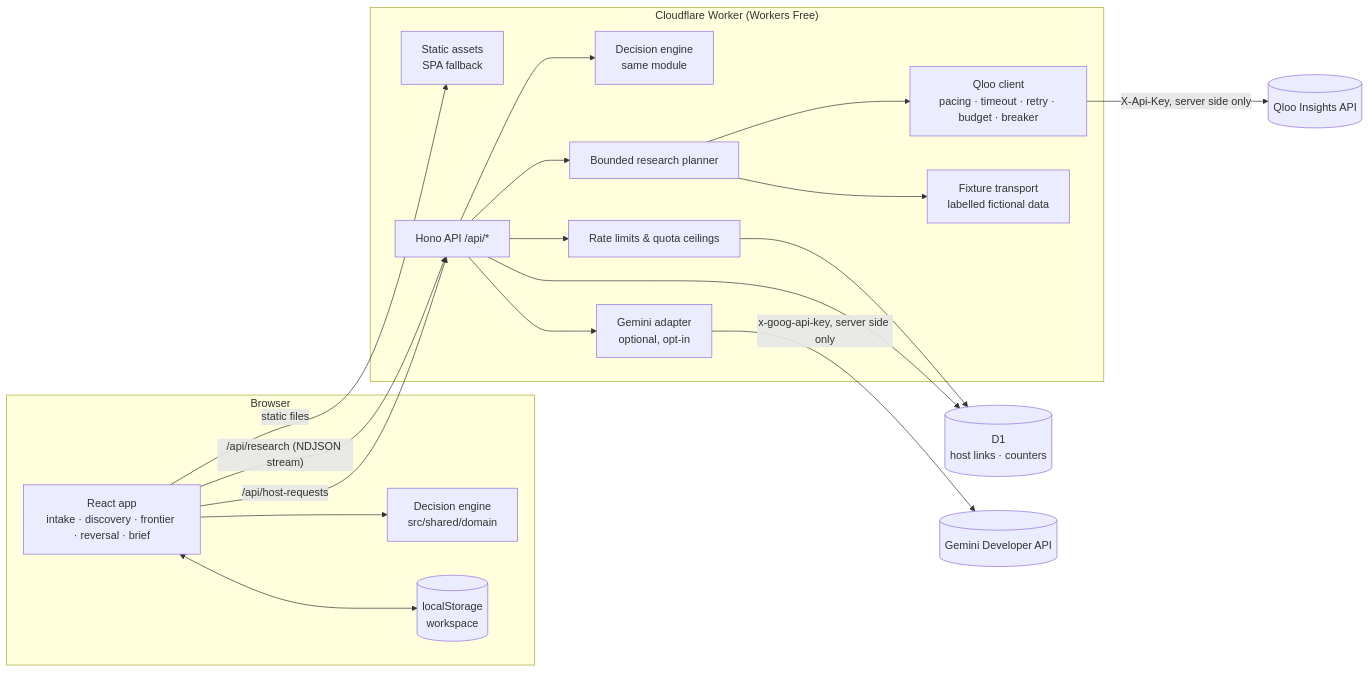
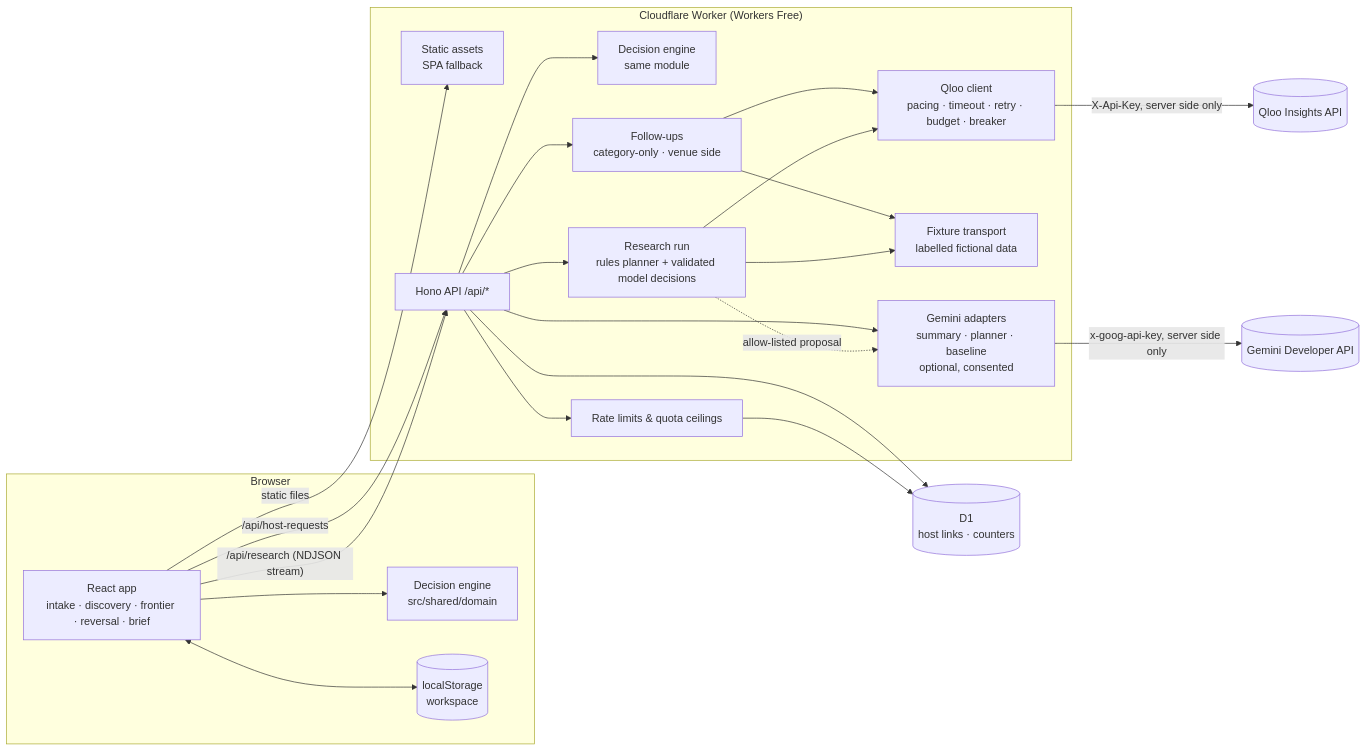
The diagram in docs/architecture.md (AbhinavVarma02/Room-for-Both), drawn with Mermaid before and after one commit. The commit also changed other lines of this file and 10 other files, not shown here.

First line of the commit message:
docs: describe the selected-venue journey, comparisons, two-sided bridge, bounded planner, and measured results

````diff
--- a/docs/architecture.md
+++ b/docs/architecture.md
@@ -6,38 +6,42 @@
 ```mermaid
 flowchart LR
   subgraph Browser
     UI[React app<br/>intake · discovery · frontier · reversal · brief]
     ENG1[Decision engine<br/>src/shared/domain]
     LS[(localStorage<br/>workspace)]
     UI --> ENG1
     UI <--> LS
   end
 
   subgraph Worker["Cloudflare Worker (Workers Free)"]
     ASSETS[Static assets<br/>SPA fallback]
     API[Hono API /api/*]
     ENG2[Decision engine<br/>same module]
-    PLAN[Bounded research planner]
+    PLAN[Research run<br/>rules planner + validated model decisions]
+    FUP[Follow-ups<br/>category-only · venue side]
     QC[Qloo client<br/>pacing · timeout · retry · budget · breaker]
     FX[Fixture transport<br/>labelled fictional data]
-    GEM[Gemini adapter<br/>optional, opt-in]
+    GEM[Gemini adapters<br/>summary · planner · baseline<br/>optional, consented]
     LIM[Rate limits &amp; quota ceilings]
     API --> ENG2
     API --> PLAN --> QC
+    API --> FUP --> QC
     PLAN --> FX
+    FUP --> FX
+    PLAN -. "allow-listed proposal" .-> GEM
     API --> GEM
     API --> LIM
   end
 
   D1[(D1<br/>host links · counters)]
   QLOO[(Qloo Insights API)]
   GOOG[(Gemini Developer API)]
 
   UI -- "/api/research (NDJSON stream)" --> API
   UI -- "/api/host-requests" --> API
   UI -- static files --> ASSETS
   QC -- "X-Api-Key, server side only" --> QLOO
   GEM -- "x-goog-api-key, server side only" --> GOOG
   LIM --> D1
   API --> D1
 ```
````
